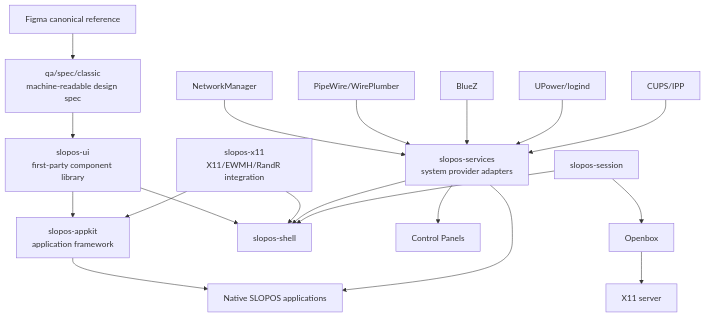
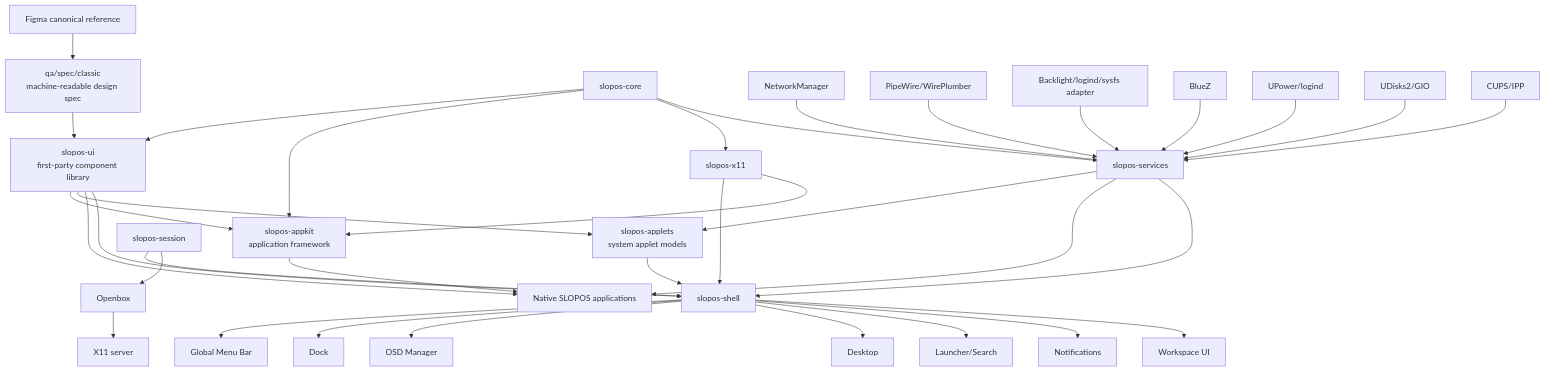
The first of 5 diagrams in AGENTS.md (palaashatri/rust-slopos), drawn with Mermaid before and after one commit. The commit also changed other lines of this file, not shown here.

Commit message:
docs: define complete shell, Dock, applets and OSD platform

````diff
--- a/AGENTS.md
+++ b/AGENTS.md
@@ -292,26 +311,45 @@
-```mermaid
+~~~mermaid
 flowchart TB
     F[Figma canonical reference] --> S[qa/spec/classic<br/>machine-readable design spec]
     S --> UI[slopos-ui<br/>first-party component library]
     UI --> AK[slopos-appkit<br/>application framework]
 
-    AK --> APPS[Native SLOPOS applications]
-    UI --> SHELL[slopos-shell]
+    CORE[slopos-core] --> UI
+    CORE --> AK
+    CORE --> X11[slopos-x11]
+    CORE --> SV[slopos-services]
 
-    X11[slopos-x11<br/>X11/EWMH/RandR integration] --> SHELL
+    SV --> APPLETS[slopos-applets<br/>system applet models]
+    SV --> APPS[Native SLOPOS applications]
+    SV --> SHELL[slopos-shell]
+
+    UI --> APPLETS
+    UI --> APPS
+    UI --> SHELL
+    AK --> APPS
+
+    APPLETS --> SHELL
+
+    X11 --> SHELL
     X11 --> AK
 
-    SV[slopos-services<br/>system provider adapters] --> SHELL
-    SV --> APPS
-    SV --> CP[Control Panels]
+    SHELL --> MENUBAR[Global Menu Bar]
+    SHELL --> DOCK[Dock]
+    SHELL --> OSD[OSD Manager]
+    SHELL --> DESKTOP[Desktop]
+    SHELL --> LAUNCHER[Launcher/Search]
+    SHELL --> NOTIFY[Notifications]
+    SHELL --> WORKSPACES[Workspace UI]
 
     SESSION[slopos-session] --> SHELL
     SESSION --> WM[Openbox]
     WM --> XORG[X11 server]
 
     NM[NetworkManager] --> SV
     AU[PipeWire/WirePlumber] --> SV
+    BL[Backlight/logind/sysfs adapter] --> SV
     BT[BlueZ] --> SV
     PW[UPower/logind] --> SV
+    UD[UDisks2/GIO] --> SV
     CUPS[CUPS/IPP] --> SV
-```
+~~~
````
